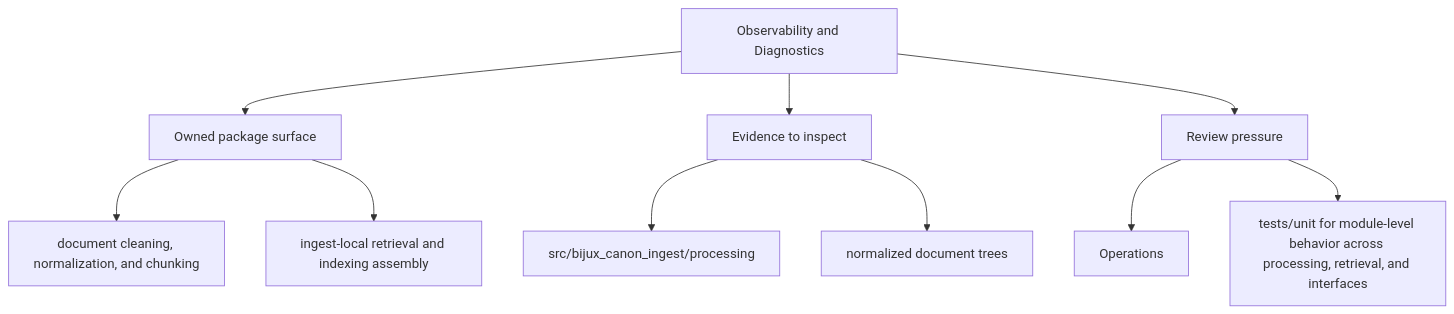
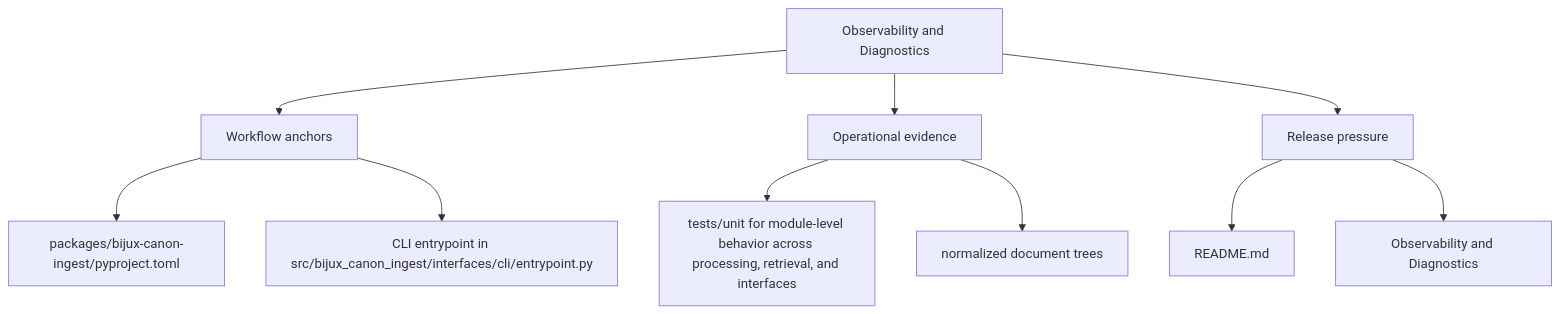
One commit to bijux/bijux-canon changed the second of 2 diagrams in docs/bijux-canon-ingest/operations/observability-and-diagnostics.md. Above: the diagram before and after it, drawn with Mermaid. The commit also changed other lines of this file and 250 other files, not shown here.

Commit message:
docs(diagrams): make product page maps more readable

````diff
--- a/docs/bijux-canon-ingest/operations/observability-and-diagnostics.md
+++ b/docs/bijux-canon-ingest/operations/observability-and-diagnostics.md
@@ -33,22 +33,22 @@
 ```mermaid
 flowchart TD
     page["Observability and Diagnostics"]
-    focus1["Owned package surface"]
+    focus1["Workflow anchors"]
     page --> focus1
-    focus1_1["document cleaning, normalization, and chunking"]
+    focus1_1["packages/bijux-canon-ingest/pyproject.toml"]
     focus1 --> focus1_1
-    focus1_2["ingest-local retrieval and indexing assembly"]
+    focus1_2["CLI entrypoint in src/bijux_canon_ingest/interfaces/cli/entrypoint.py"]
     focus1 --> focus1_2
-    focus2["Evidence to inspect"]
+    focus2["Operational evidence"]
     page --> focus2
-    focus2_1["src/bijux_canon_ingest/processing"]
+    focus2_1["tests/unit for module-level behavior across processing, retrieval, and interfaces"]
     focus2 --> focus2_1
     focus2_2["normalized document trees"]
     focus2 --> focus2_2
-    focus3["Review pressure"]
+    focus3["Release pressure"]
     page --> focus3
-    focus3_1["Operations"]
+    focus3_1["README.md"]
     focus3 --> focus3_1
-    focus3_2["tests/unit for module-level behavior across processing, retrieval, and interfaces"]
+    focus3_2["Observability and Diagnostics"]
     focus3 --> focus3_2
 ```
````
